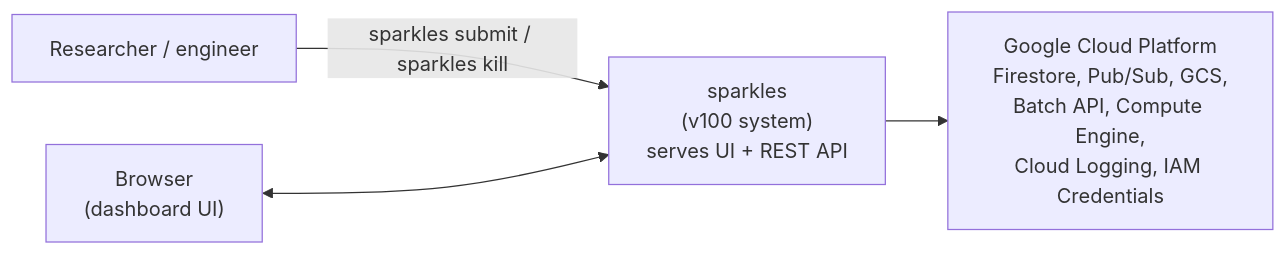
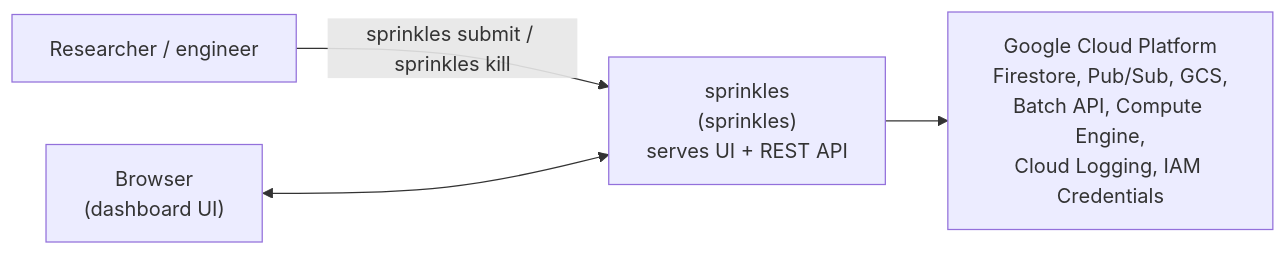
The diagram in docs/arc42/03-context-scope.md (broadinstitute/sparklespray), drawn with Mermaid before and after one commit. The commit also changed other lines of this file and 187 other files, not shown here.

First line of the commit message:
Rename project from Sparklespray/sparkles to Sprinkles, v100/ to cli/

````diff
--- a/docs/arc42/03-context-scope.md
+++ b/docs/arc42/03-context-scope.md
@@ -5,11 +5,11 @@
 ```mermaid
 graph LR
     User["Researcher / engineer"]
     Browser["Browser<br/>(dashboard UI)"]
-    Sparkles["sparkles<br/>(v100 system)<br/>serves UI + REST API"]
+    Sprinkles["sprinkles<br/>(sprinkles)<br/>serves UI + REST API"]
     GCP["Google Cloud Platform<br/>Firestore, Pub/Sub, GCS,<br/>Batch API, Compute Engine,<br/>Cloud Logging, IAM Credentials"]
 
-    User -->|"sparkles submit / sparkles kill"| Sparkles
-    Browser <--> Sparkles
-    Sparkles --> GCP
+    User -->|"sprinkles submit / sprinkles kill"| Sprinkles
+    Browser <--> Sprinkles
+    Sprinkles --> GCP
 ```
````
